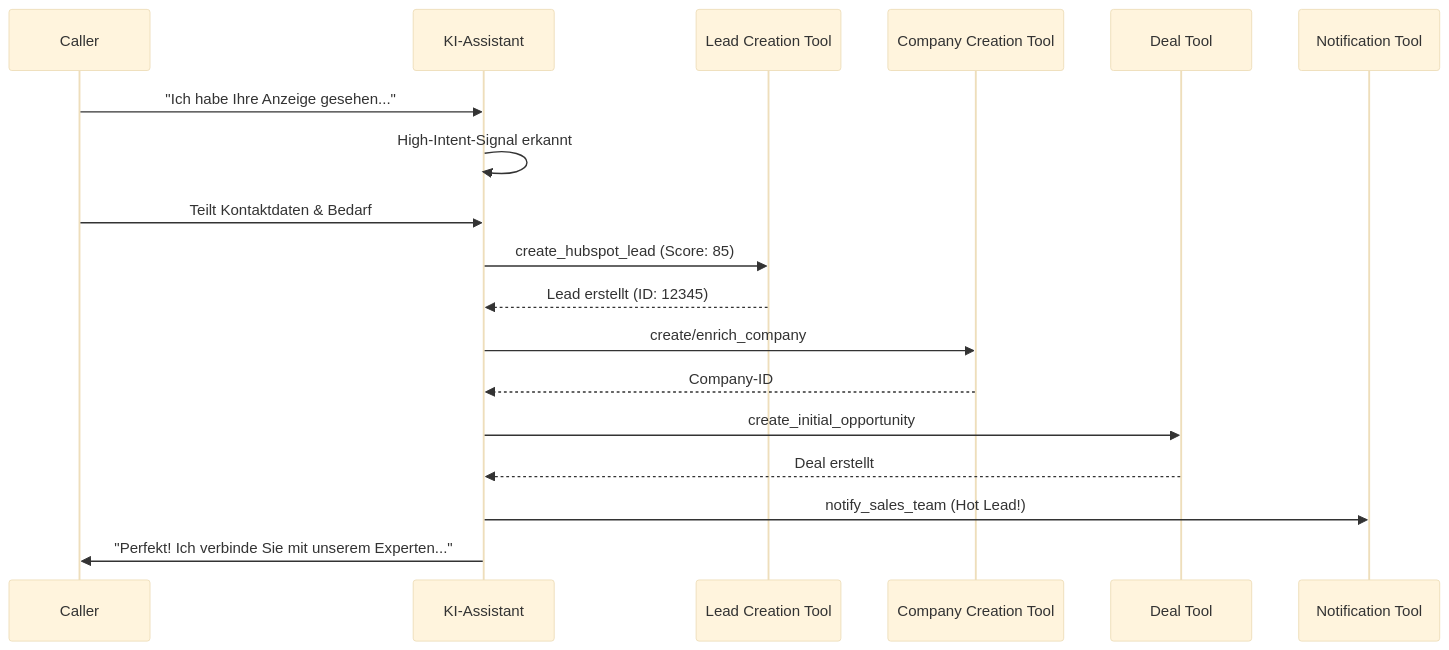
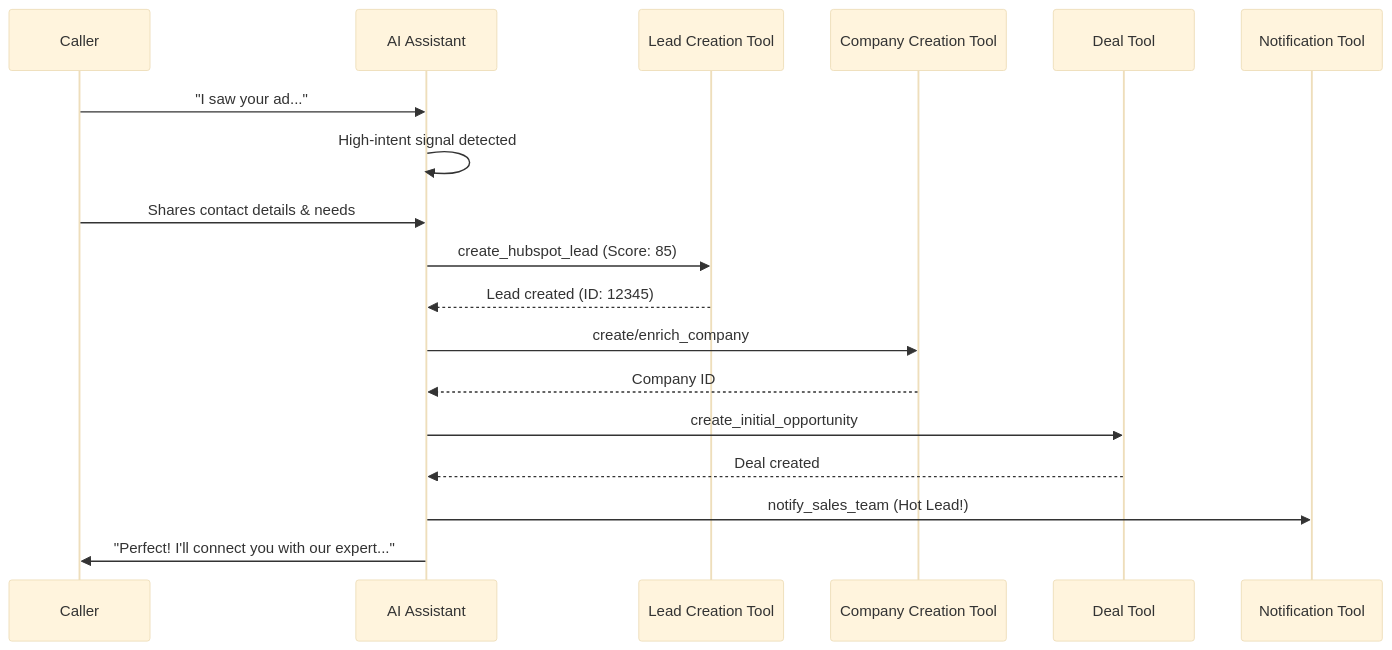
The second of 2 diagrams in en/automation-platform/mid-call-tools/integration-templates/hubspot-lead-erstellung.mdx (bekgroup/Famulor-docs-de), drawn with Mermaid (base theme) before and after one commit. The commit also changed other lines of this file and 7 other files, not shown here.

````diff
--- a/en/automation-platform/mid-call-tools/integration-templates/hubspot-lead-erstellung.mdx
+++ b/en/automation-platform/mid-call-tools/integration-templates/hubspot-lead-erstellung.mdx
@@ -381,21 +380,21 @@
 ```mermaid
 sequenceDiagram
     participant C as Caller
-    participant AI as KI-Assistant
+    participant AI as AI Assistant
     participant LC as Lead Creation Tool
     participant CC as Company Creation Tool
     participant DT as Deal Tool
     participant NT as Notification Tool
     
-    C->>AI: "Ich habe Ihre Anzeige gesehen..."
-    AI->>AI: High-Intent-Signal erkannt
-    C->>AI: Teilt Kontaktdaten & Bedarf
+    C->>AI: "I saw your ad..."
+    AI->>AI: High-intent signal detected
+    C->>AI: Shares contact details & needs
     AI->>LC: create_hubspot_lead (Score: 85)
-    LC-->>AI: Lead erstellt (ID: 12345)
+    LC-->>AI: Lead created (ID: 12345)
     AI->>CC: create/enrich_company
-    CC-->>AI: Company-ID
+    CC-->>AI: Company ID
     AI->>DT: create_initial_opportunity
-    DT-->>AI: Deal erstellt  
+    DT-->>AI: Deal created  
     AI->>NT: notify_sales_team (Hot Lead!)
-    AI->>C: "Perfekt! Ich verbinde Sie mit unserem Experten..."
+    AI->>C: "Perfect! I'll connect you with our expert..."
 ```
````
